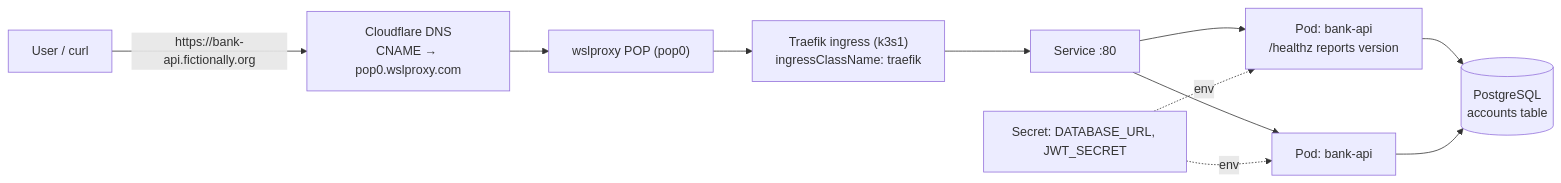
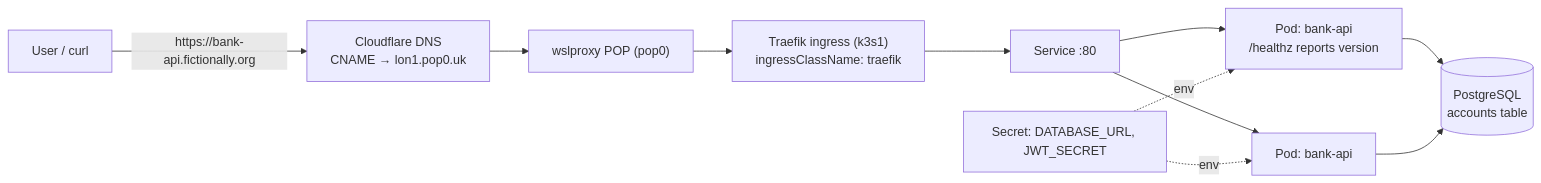
The first of 3 diagrams in training/sample-apps/bank-api/architecture.md (bwalia/ring-promoter), drawn with Mermaid before and after one commit. The commit also changed 29 other files, not shown here.

First line of the commit message:
chore(dns): repoint edge CNAME target pop0.wslproxy.com -> lon1.pop0.uk

````diff
--- a/training/sample-apps/bank-api/architecture.md
+++ b/training/sample-apps/bank-api/architecture.md
@@ -10,13 +10,13 @@
 ```mermaid
 flowchart LR
-  U["User / curl"] -->|"https://bank-api.fictionally.org"| CF["Cloudflare DNS<br/>CNAME → pop0.wslproxy.com"]
+  U["User / curl"] -->|"https://bank-api.fictionally.org"| CF["Cloudflare DNS<br/>CNAME → lon1.pop0.uk"]
   CF --> POP["wslproxy POP (pop0)"]
   POP --> TR["Traefik ingress (k3s1)<br/>ingressClassName: traefik"]
   TR --> SVC["Service :80"]
   SVC --> P1["Pod: bank-api<br/>/healthz reports version"]
   SVC --> P2["Pod: bank-api"]
   P1 --> PG[("PostgreSQL<br/>accounts table")]
   P2 --> PG
   SEC["Secret: DATABASE_URL, JWT_SECRET"] -.->|env| P1
   SEC -.->|env| P2
 ```
````
